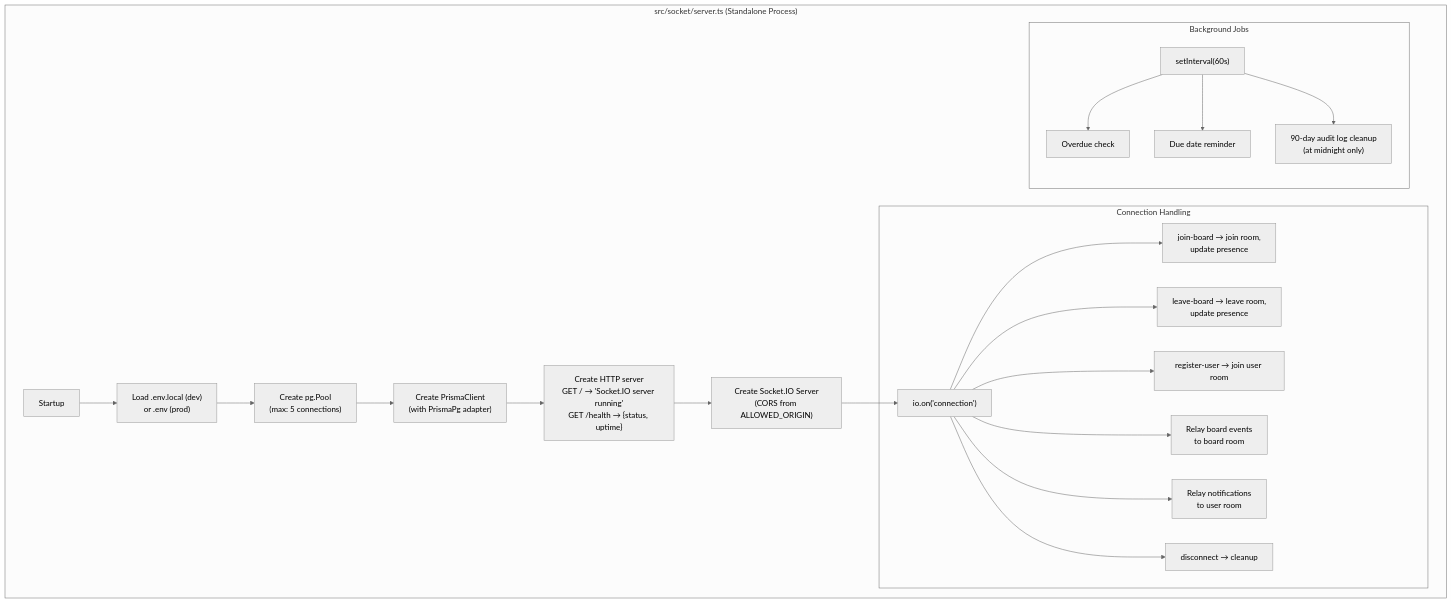
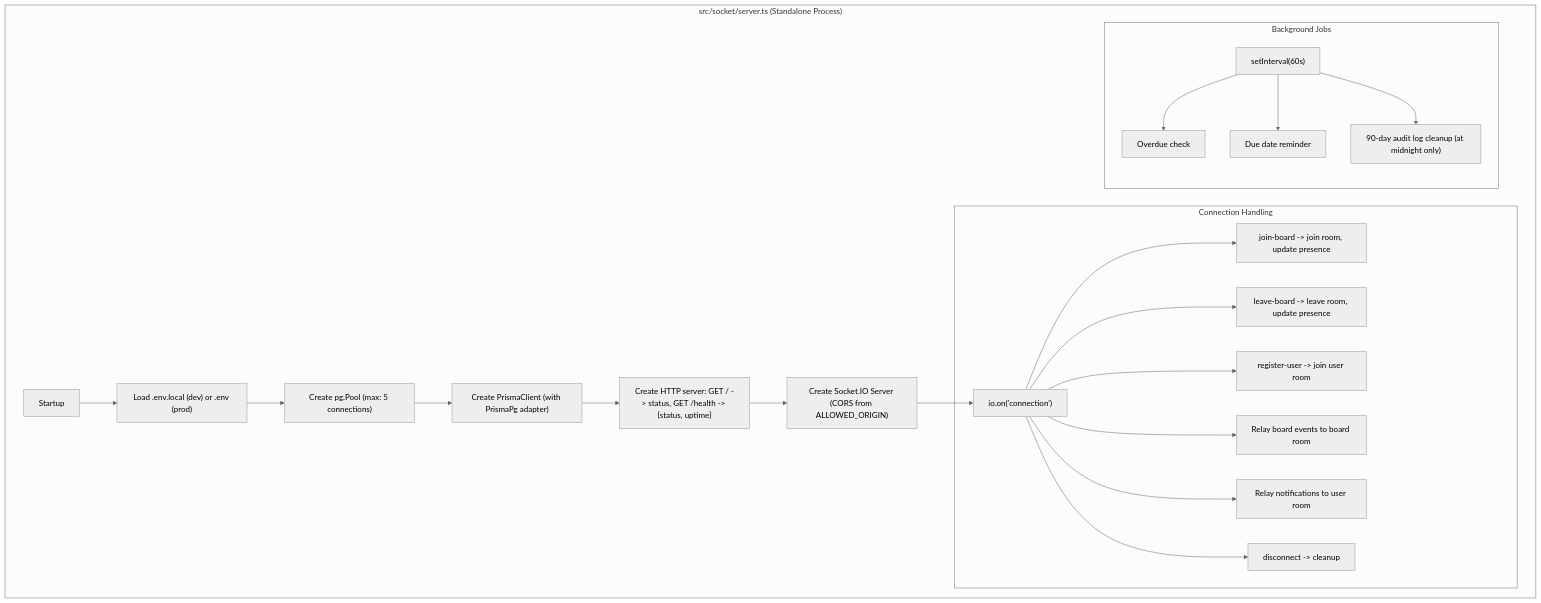
Before and after one commit to asefahmed500/Smart-Task-App_IIT_DU_Final_Project: the second of 8 diagrams in docs/07-real-time-sockets.md, drawn with Mermaid (neutral theme). The commit also changed other lines of this file and 8 other files, not shown here.

Commit message:
fix: remove br tags from mermaid diagrams for GitHub rendering

````diff
--- a/docs/07-real-time-sockets.md
+++ b/docs/07-real-time-sockets.md
@@ -70,41 +70,41 @@
 ```mermaid
 flowchart TD
     subgraph "src/socket/server.ts (Standalone Process)"
         START["Startup"]
-        DOTENV["Load .env.local (dev)<br/>or .env (prod)"]
-        POOL["Create pg.Pool<br/>(max: 5 connections)"]
-        PRISMA["Create PrismaClient<br/>(with PrismaPg adapter)"]
-        HTTP["Create HTTP server<br/>GET / → 'Socket.IO server running'<br/>GET /health → {status, uptime}"]
-        IO["Create Socket.IO Server<br/>(CORS from ALLOWED_ORIGIN)"]
+        DOTENV["Load .env.local (dev) or .env (prod)"]
+        POOL["Create pg.Pool (max: 5 connections)"]
+        PRISMA["Create PrismaClient (with PrismaPg adapter)"]
+        HTTP["Create HTTP server: GET / -> status, GET /health -> {status, uptime}"]
+        IO["Create Socket.IO Server (CORS from ALLOWED_ORIGIN)"]
 
         START --> DOTENV --> POOL --> PRISMA --> HTTP --> IO
 
         subgraph "Connection Handling"
             CONNECT["io.on('connection')"]
-            JOIN["join-board → join room,<br/>update presence"]
-            LEAVE["leave-board → leave room,<br/>update presence"]
-            REGISTER["register-user → join user room"]
-            RELAY["Relay board events<br/>to board room"]
-            NOTIF["Relay notifications<br/>to user room"]
-            DISCONNECT["disconnect → cleanup"]
+            JOIN["join-board -> join room, update presence"]
+            LEAVE["leave-board -> leave room, update presence"]
+            REGISTER["register-user -> join user room"]
+            RELAY["Relay board events to board room"]
+            NOTIF["Relay notifications to user room"]
+            DISCONNECT["disconnect -> cleanup"]
         end
 
         subgraph "Background Jobs"
             INTERVAL["setInterval(60s)"]
             OVERDUE["Overdue check"]
             DUE["Due date reminder"]
-            CLEANUP["90-day audit log cleanup<br/>(at midnight only)"]
+            CLEANUP["90-day audit log cleanup (at midnight only)"]
         end
 
         IO --> CONNECT
         CONNECT --> JOIN
         CONNECT --> LEAVE
         CONNECT --> REGISTER
         CONNECT --> RELAY
         CONNECT --> NOTIF
         CONNECT --> DISCONNECT
         INTERVAL --> OVERDUE
         INTERVAL --> DUE
         INTERVAL --> CLEANUP
     end
 ```
````
